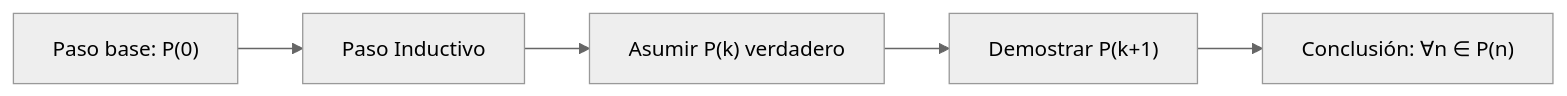
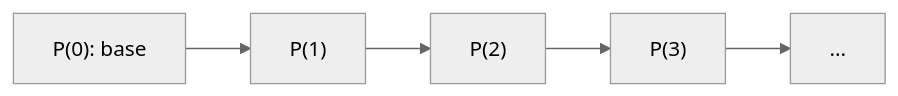
Before and after one commit to djaimej/computer-science-template: the diagram in public/documents/semester-1/2/1231.md, drawn with Mermaid (neutral theme). The commit also changed other lines of this file and 12 other files, not shown here.

````diff
--- a/public/documents/semester-1/2/1231.md
+++ b/public/documents/semester-1/2/1231.md
@@ -71,7 +86,4 @@
 ```mermaid
 flowchart LR
-    A["Paso base: P(0)"] --> B["Paso Inductivo"]
-    B --> C["Asumir P(k) verdadero"]
-    C --> D["Demostrar P(k+1)"]
-    D --> E["Conclusión: ∀n ∈ P(n)"]
+  P0["P(0): base"] --> P1["P(1)"] --> P2["P(2)"] --> P3["P(3)"] --> PD["..."]
 ```
````
